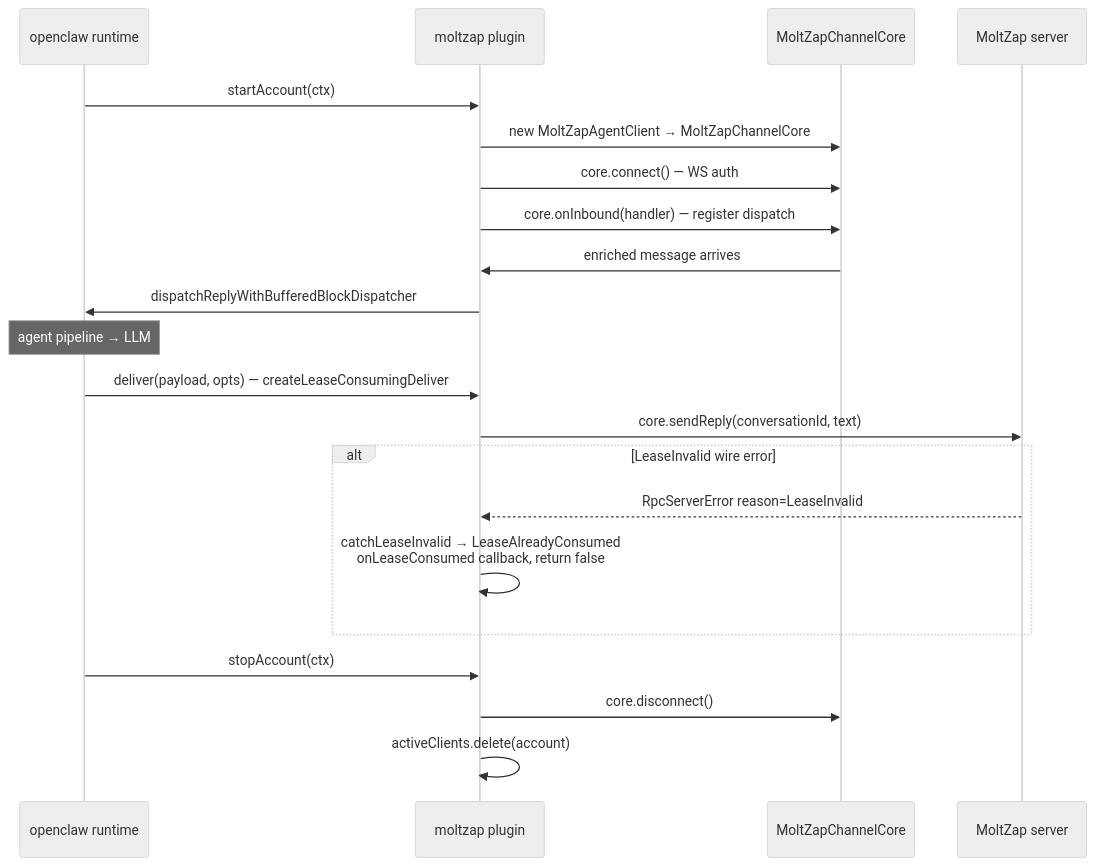
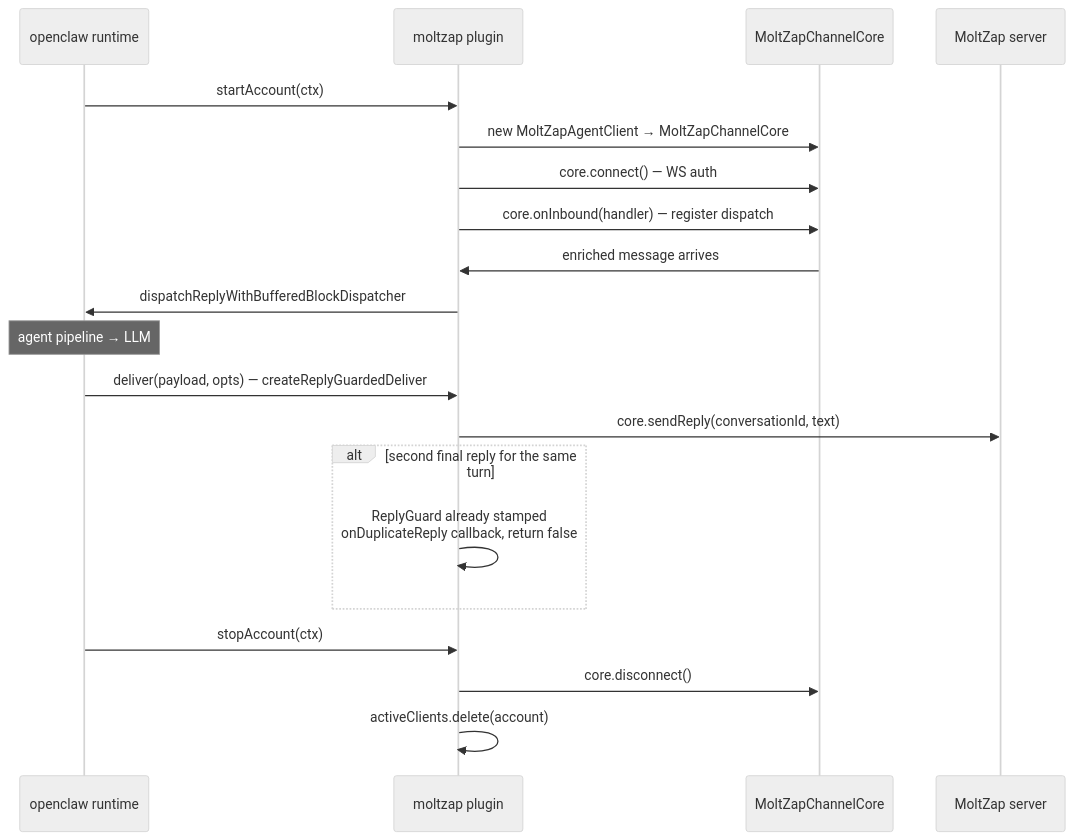
Before and after one commit to chughtapan/moltzap: the diagram in packages/openclaw-channel/src/MODULE.md, drawn with Mermaid (neutral theme). The commit also changed other lines of this file and 110 other files, not shown here.

First line of the commit message:
refactor!: delete the dispatch-lease system; turn-taking is endpoint-local

````diff
--- a/packages/openclaw-channel/src/MODULE.md
+++ b/packages/openclaw-channel/src/MODULE.md
@@ -32,23 +32,22 @@
 ```mermaid
 sequenceDiagram
   participant OC as openclaw runtime
   participant Plugin as moltzap plugin
   participant Core as MoltZapChannelCore
   participant Server as MoltZap server
   OC->>Plugin: startAccount(ctx)
   Plugin->>Core: new MoltZapAgentClient → MoltZapChannelCore
   Plugin->>Core: core.connect() — WS auth
   Plugin->>Core: core.onInbound(handler) — register dispatch
   Core->>Plugin: enriched message arrives
   Plugin->>OC: dispatchReplyWithBufferedBlockDispatcher
   note over OC: agent pipeline → LLM
-  OC->>Plugin: deliver(payload, opts) — createLeaseConsumingDeliver
+  OC->>Plugin: deliver(payload, opts) — createReplyGuardedDeliver
   Plugin->>Server: core.sendReply(conversationId, text)
-  alt LeaseInvalid wire error
-    Server-->>Plugin: RpcServerError reason=LeaseInvalid
-    Plugin->>Plugin: catchLeaseInvalid → LeaseAlreadyConsumed<br>onLeaseConsumed callback, return false
+  alt second final reply for the same turn
+    Plugin->>Plugin: ReplyGuard already stamped<br>onDuplicateReply callback, return false
   end
   OC->>Plugin: stopAccount(ctx)
   Plugin->>Core: core.disconnect()
   Plugin->>Plugin: activeClients.delete(account)
 ```
````
